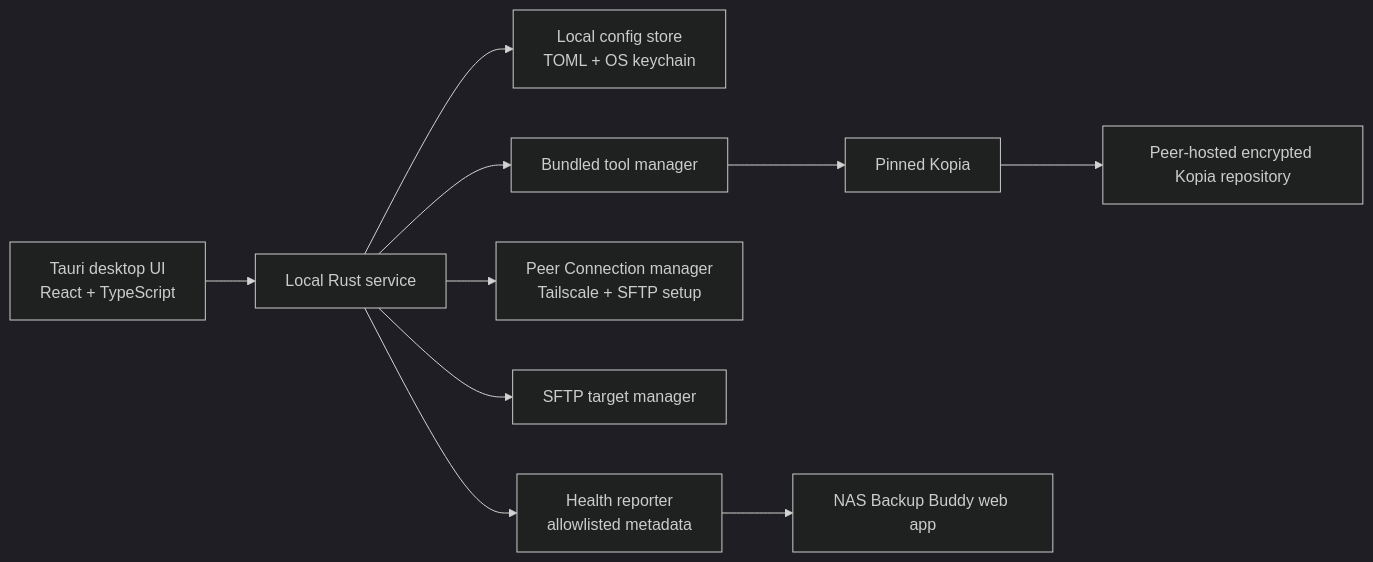
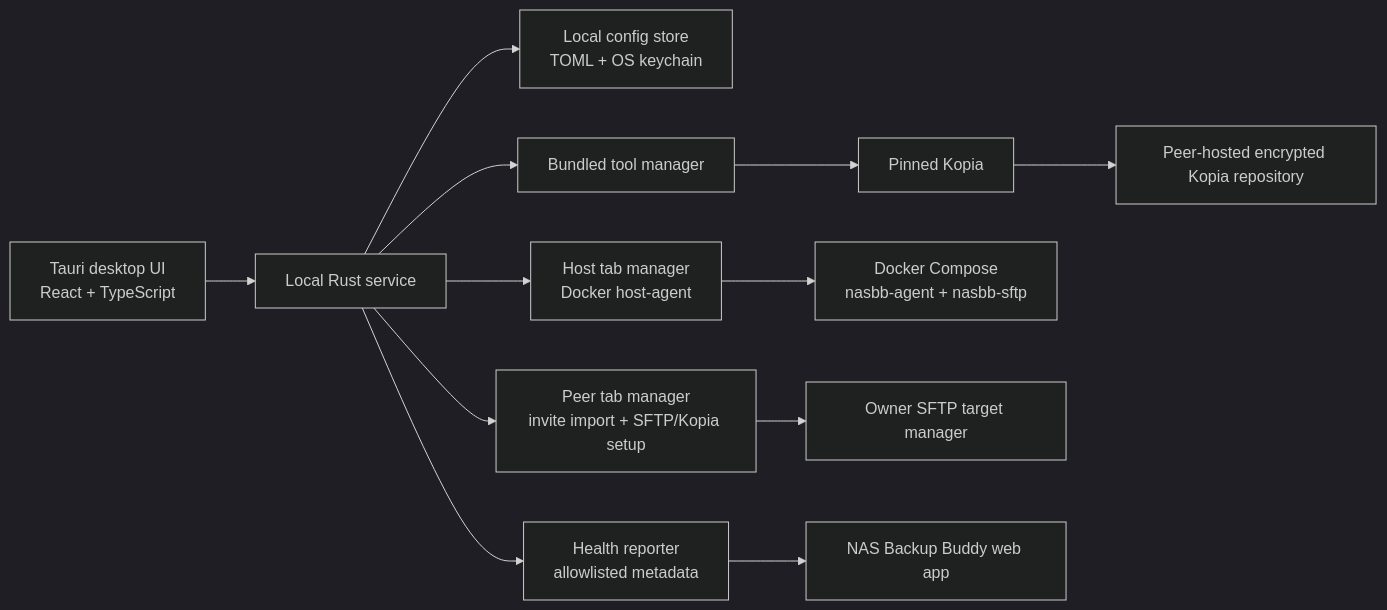
The first of 6 diagrams in docs/client-app/architecture.md (ayaghini/Nas-backup-buddy), drawn with Mermaid (dark theme) before and after one commit. The commit also changed other lines of this file and 17 other files, not shown here.

Commit message:
Tighten peer tab implementation prompt

````diff
--- a/docs/client-app/architecture.md
+++ b/docs/client-app/architecture.md
@@ -9,12 +9,14 @@
 ```mermaid
 flowchart LR
   UI["Tauri desktop UI<br/>React + TypeScript"] --> SVC["Local Rust service"]
   SVC --> CFG["Local config store<br/>TOML + OS keychain"]
   SVC --> TOOLS["Bundled tool manager"]
   TOOLS --> KOPIA["Pinned Kopia"]
-  SVC --> OVERLAY["Peer Connection manager<br/>Tailscale + SFTP setup"]
-  SVC --> SFTP["SFTP target manager"]
+  SVC --> PEER["Peer tab manager<br/>invite import + SFTP/Kopia setup"]
+  SVC --> HOST["Host tab manager<br/>Docker host-agent"]
+  HOST --> DOCKER["Docker Compose<br/>nasbb-agent + nasbb-sftp"]
+  PEER --> SFTP["Owner SFTP target manager"]
   KOPIA --> REMOTE["Peer-hosted encrypted Kopia repository"]
   SVC --> HEALTH["Health reporter<br/>allowlisted metadata"]
   HEALTH --> WEB["NAS Backup Buddy web app"]
 ```
````
